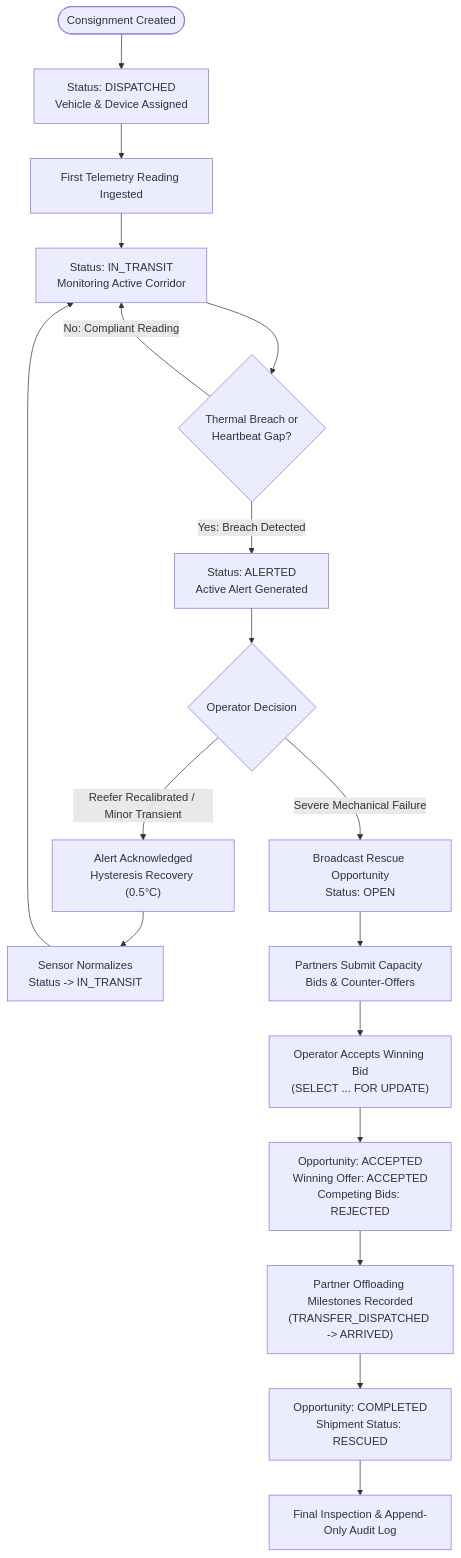
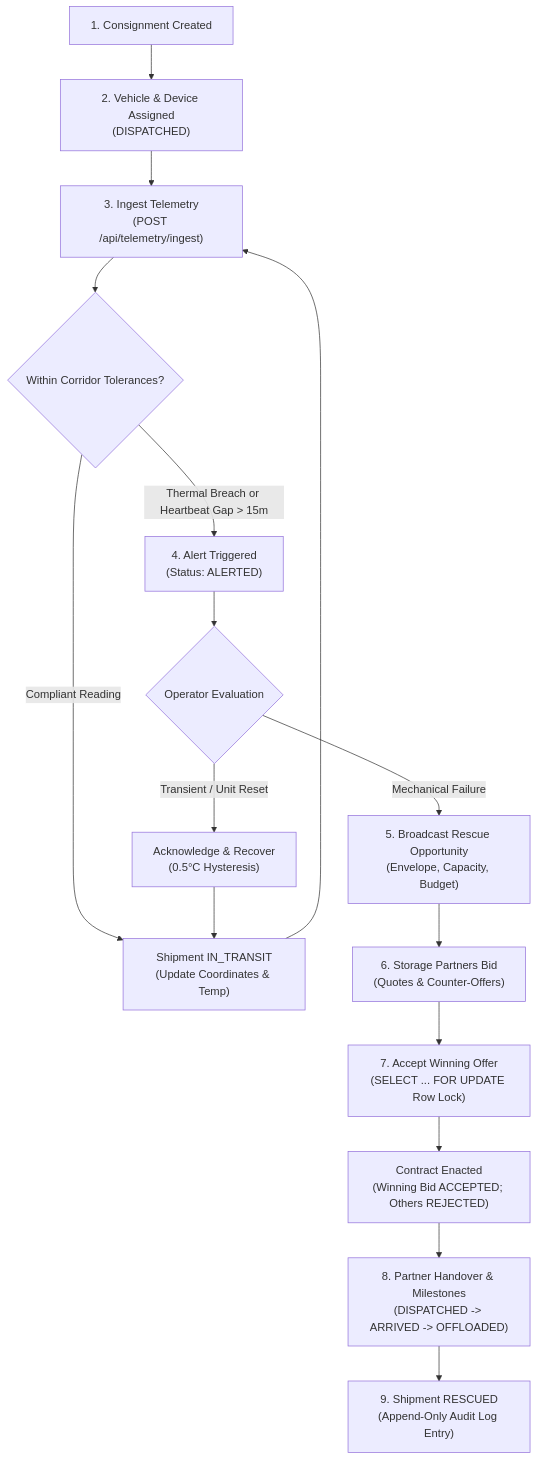
One commit to Kenkei69/Annapurna-Rebuilt changed the diagram in README.md. Above: the diagram before and after it, drawn with Mermaid. The commit also changed other lines of this file and 3 other files, not shown here.

````diff
--- a/README.md
+++ b/README.md
@@ -183,24 +39,24 @@
 ```mermaid
 flowchart TD
-    Start([Consignment Created]) --> Dispatched["Status: DISPATCHED\nVehicle & Device Assigned"]
-    Dispatched --> FirstPacket["First Telemetry Reading Ingested"]
-    FirstPacket --> InTransit["Status: IN_TRANSIT\nMonitoring Active Corridor"]
+    Create["1. Consignment Created"] --> Dispatch["2. Vehicle & Device Assigned\n(DISPATCHED)"]
+    Dispatch --> Ingest["3. Ingest Telemetry\n(POST /api/telemetry/ingest)"]
     
-    InTransit --> SensorCheck{"Thermal Breach or\nHeartbeat Gap?"}
-    SensorCheck -->|No: Compliant Reading| InTransit
-    SensorCheck -->|Yes: Breach Detected| AlertTriggered["Status: ALERTED\nActive Alert Generated"]
+    Ingest --> CheckTelemetry{"Within Corridor Tolerances?"}
+    CheckTelemetry -->|Compliant Reading| InTransit["Shipment IN_TRANSIT\n(Update Coordinates & Temp)"]
+    InTransit --> Ingest
     
-    AlertTriggered --> OperatorAction{"Operator Decision"}
-    OperatorAction -->|Reefer Recalibrated / Minor Transient| AckOnly["Alert Acknowledged\nHysteresis Recovery (0.5°C)"]
-    AckOnly --> Recovered["Sensor Normalizes\nStatus -> IN_TRANSIT"]
-    Recovered --> InTransit
+    CheckTelemetry -->|Thermal Breach or Heartbeat Gap > 15m| AlertTriggered["4. Alert Triggered\n(Status: ALERTED)"]
     
-    OperatorAction -->|Severe Mechanical Failure| Broadcast["Broadcast Rescue Opportunity\nStatus: OPEN"]
-    Broadcast --> Bidding["Partners Submit Capacity Bids & Counter-Offers"]
-    Bidding --> AcceptOffer["Operator Accepts Winning Bid\n(SELECT ... FOR UPDATE)"]
+    AlertTriggered --> OperatorReview{"Operator Evaluation"}
+    OperatorReview -->|Transient / Unit Reset| Acknowledge["Acknowledge & Recover\n(0.5°C Hysteresis)"]
+    Acknowledge --> InTransit
     
-    AcceptOffer --> Enacted["Opportunity: ACCEPTED\nWinning Offer: ACCEPTED\nCompeting Bids: REJECTED"]
-    Enacted --> Handover["Partner Offloading Milestones Recorded\n(TRANSFER_DISPATCHED -> ARRIVED)"]
-    Handover --> RescueComplete["Opportunity: COMPLETED\nShipment Status: RESCUED"]
-    RescueComplete --> AuditVerification["Final Inspection & Append-Only Audit Log"]
+    OperatorReview -->|Mechanical Failure| Broadcast["5. Broadcast Rescue Opportunity\n(Envelope, Capacity, Budget)"]
+    
+    Broadcast --> Bidding["6. Storage Partners Bid\n(Quotes & Counter-Offers)"]
+    Bidding --> AtomicAccept["7. Accept Winning Offer\n(SELECT ... FOR UPDATE Row Lock)"]
+    
+    AtomicAccept --> ContractEnacted["Contract Enacted\n(Winning Bid ACCEPTED; Others REJECTED)"]
+    ContractEnacted --> TransferMilestones["8. Partner Handover & Milestones\n(DISPATCHED -> ARRIVED -> OFFLOADED)"]
+    TransferMilestones --> Rescued["9. Shipment RESCUED\n(Append-Only Audit Log Entry)"]
 ```
````
